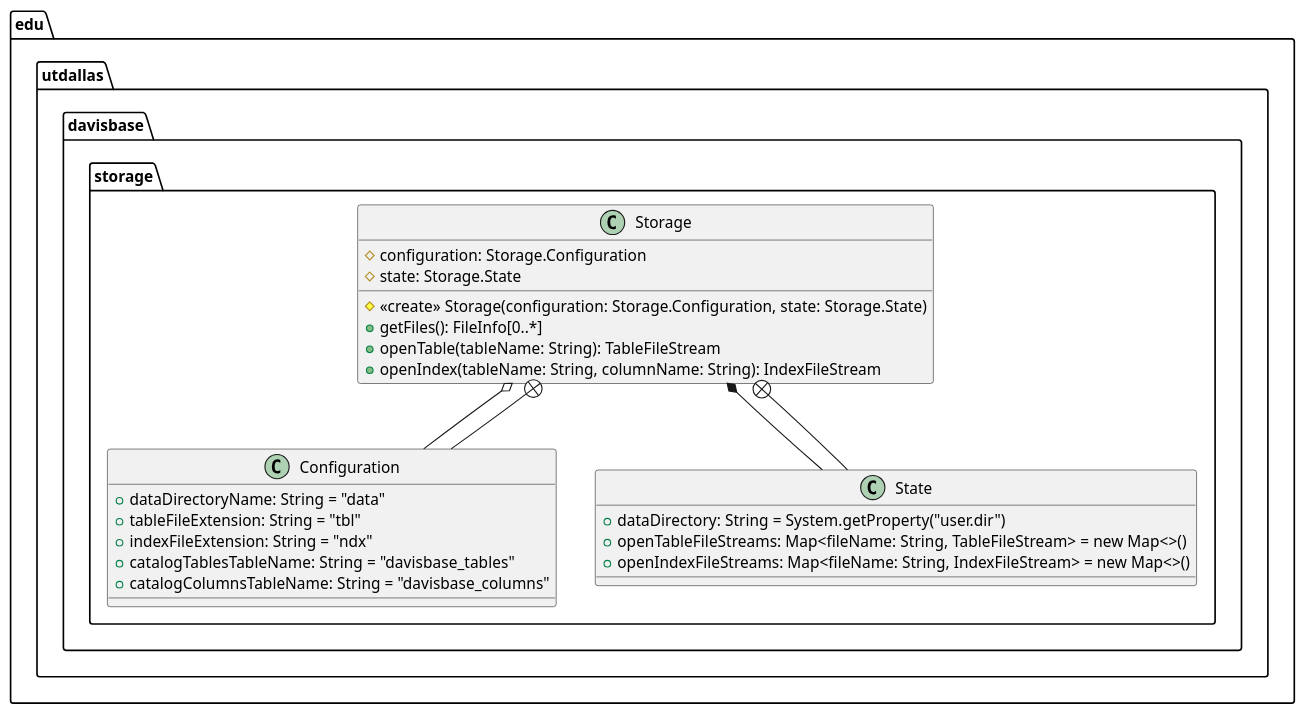
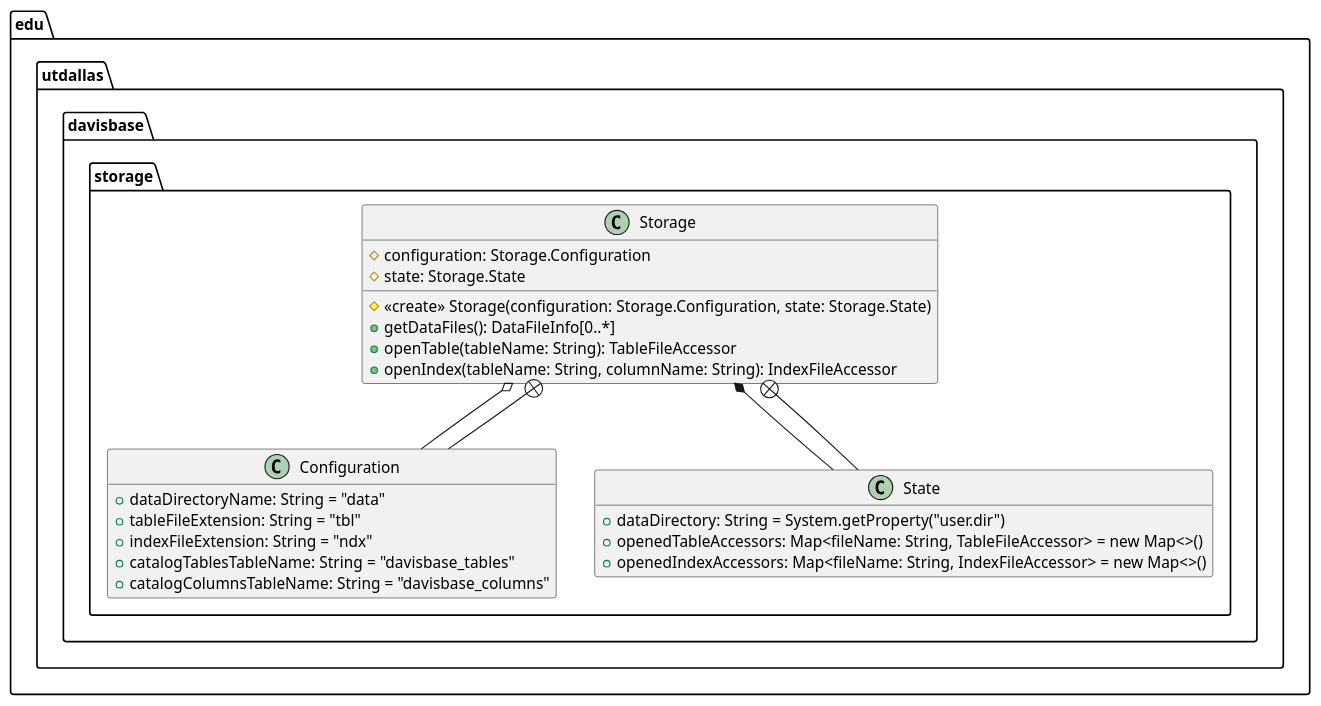
The diagram in docs/architecture/edu.utdallas.davisbase.storage.Storage.puml (travisclagrone/DavisBase), drawn with PlantUML before and after one commit. The commit also changed 3 other files, not shown here.

Commit message:
Draft architecture for data file accessor

```diff
--- a/docs/architecture/edu.utdallas.davisbase.storage.Storage.puml
+++ b/docs/architecture/edu.utdallas.davisbase.storage.Storage.puml
@@ -1,33 +1,35 @@
 @startuml edu.utdallas.davisbase.storage.Storage
 
 package edu.utdallas.davisbase.storage {
 
   class Storage {
     #configuration: Storage.Configuration
     #state: Storage.State
     #<<create>> Storage(configuration: Storage.Configuration, state: Storage.State)
-    +getFiles(): FileInfo[0..*]
-    +openTable(tableName: String): TableFileStream
-    +openIndex(tableName: String, columnName: String): IndexFileStream
+    +getDataFiles(): DataFileInfo[0..*]
+    +openTable(tableName: String): TableFileAccessor
+    +openIndex(tableName: String, columnName: String): IndexFileAccessor
   }
 
   Storage o-- Configuration
   Storage +-- Configuration
   class Configuration {
     +dataDirectoryName: String = "data"
     +tableFileExtension: String = "tbl"
     +indexFileExtension: String = "ndx"
     +catalogTablesTableName: String = "davisbase_tables"
     +catalogColumnsTableName: String = "davisbase_columns"
   }
+  hide Configuration methods
 
   Storage *-- State
   Storage +-- State
   class State {
     {field} +dataDirectory: String = System.getProperty("user.dir")
-    {field} +openTableFileStreams: Map<fileName: String, TableFileStream> = new Map<>()
-    {field} +openIndexFileStreams: Map<fileName: String, IndexFileStream> = new Map<>()
+    {field} +openedTableAccessors: Map<fileName: String, TableFileAccessor> = new Map<>()
+    {field} +openedIndexAccessors: Map<fileName: String, IndexFileAccessor> = new Map<>()
   }
+  hide State methods
 
 }
 @enduml
```
